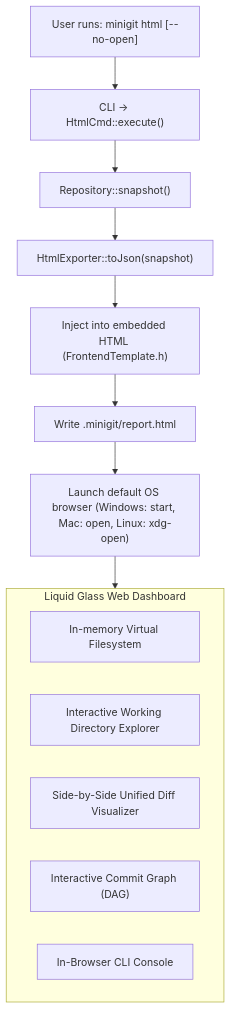
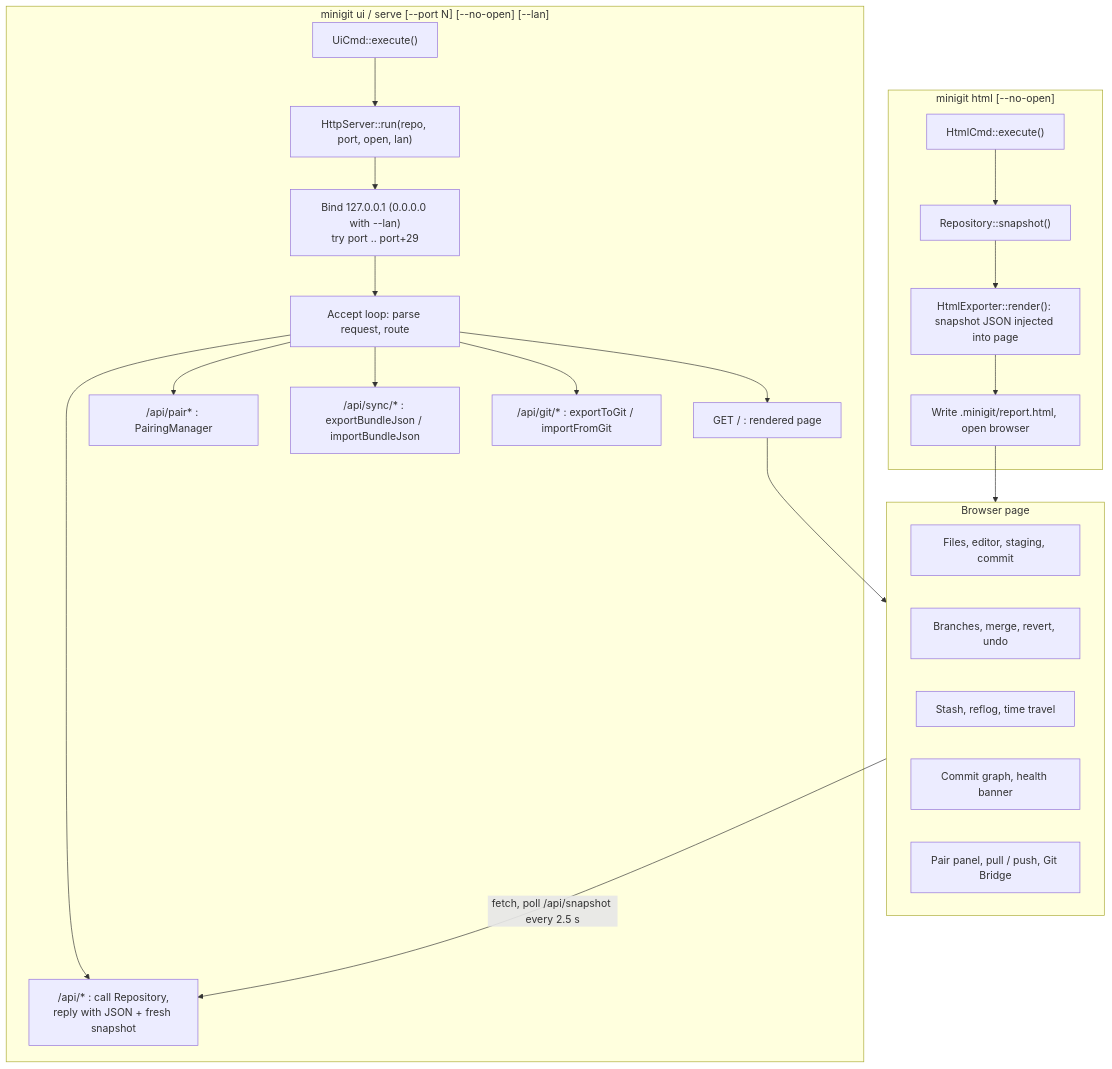
One commit to tavishchaudhary007/Mini-Git changed diagram 12 of 12 in architecture.md. Above: the diagram before and after it, drawn with Mermaid. The commit also changed other lines of this file and 1 other file, not shown here.

Commit message:
update readme.md and architecture.md

````diff
--- a/architecture.md
+++ b/architecture.md
@@ -628,19 +659,31 @@
 ```mermaid
 flowchart TD
-    User["User runs: minigit html [--no-open]"] --> CLI["CLI -> HtmlCmd::execute()"]
-    CLI --> Snap["Repository::snapshot()"]
-    Snap --> Exporter["HtmlExporter::toJson(snapshot)"]
-    Exporter --> Template["Inject into embedded HTML (FrontendTemplate.h)"]
-    Template --> WriteFile["Write .minigit/report.html"]
-    WriteFile --> Browser["Launch default OS browser (Windows: start, Mac: open, Linux: xdg-open)"]
-
-    subgraph Dashboard ["Liquid Glass Web Dashboard"]
-        VFS["In-memory Virtual Filesystem"]
-        TreeViewer["Interactive Working Directory Explorer"]
-        DiffViewer["Side-by-Side Unified Diff Visualizer"]
-        DAGViewer["Interactive Commit Graph (DAG)"]
-        Console["In-Browser CLI Console"]
+    subgraph Static ["minigit html [--no-open]"]
+        H1["HtmlCmd::execute()"] --> H2["Repository::snapshot()"]
+        H2 --> H3["HtmlExporter::render(): snapshot JSON injected into page"]
+        H3 --> H4["Write .minigit/report.html, open browser"]
     end
 
-    Browser --> Dashboard
+    subgraph Live ["minigit ui / serve [--port N] [--no-open] [--lan]"]
+        U1["UiCmd::execute()"] --> U2["HttpServer::run(repo, port, open, lan)"]
+        U2 --> U3["Bind 127.0.0.1 (0.0.0.0 with --lan)<br/>try port .. port+29"]
+        U3 --> U4["Accept loop: parse request, route"]
+        U4 --> U5["GET / : rendered page"]
+        U4 --> U6["/api/* : call Repository,<br/>reply with JSON + fresh snapshot"]
+        U4 --> U7["/api/pair* : PairingManager"]
+        U4 --> U8["/api/sync/* : exportBundleJson / importBundleJson"]
+        U4 --> U9["/api/git/* : exportToGit / importFromGit"]
+    end
+
+    subgraph Browser ["Browser page"]
+        B1["Files, editor, staging, commit"]
+        B2["Branches, merge, revert, undo"]
+        B3["Stash, reflog, time travel"]
+        B4["Commit graph, health banner"]
+        B5["Pair panel, pull / push, Git Bridge"]
+    end
+
+    H4 --> Browser
+    U5 --> Browser
+    Browser -->|"fetch, poll /api/snapshot every 2.5 s"| U6
 ```
````
